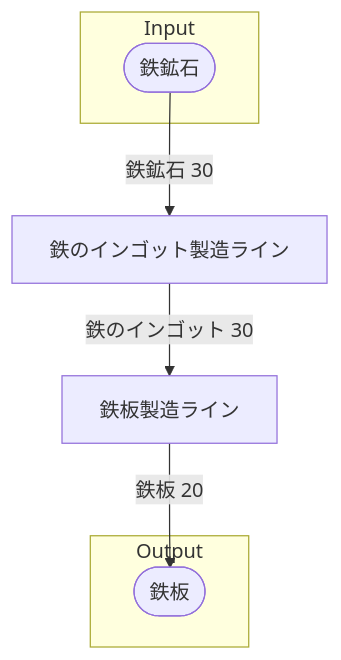
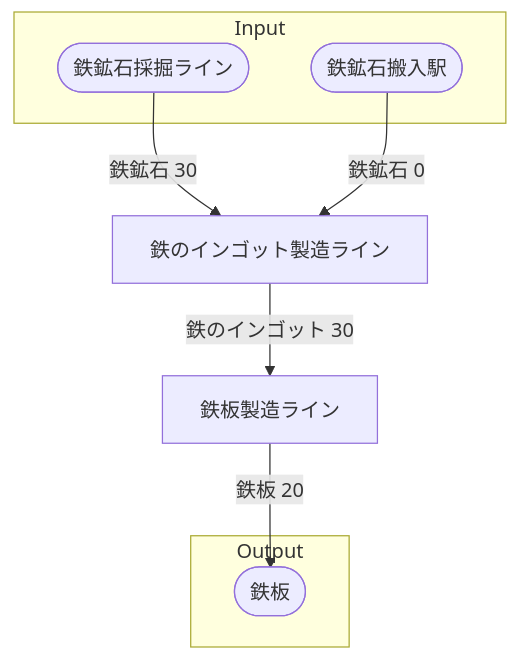
Before and after one commit to Suzuran-Amano/SatisfactoryTaskEfficiency: the diagram in 40_FactoryBuilding/20_工場設計テンプレート/30‗全体製造ライン設計書/全体製造ライン設計書.md, drawn with Mermaid. The commit also changed 2 other files, not shown here.

Commit message:
問題点「採掘によるInput」を解決

````diff
--- a/40_FactoryBuilding/20_工場設計テンプレート/30‗全体製造ライン設計書/全体製造ライン設計書.md
+++ b/40_FactoryBuilding/20_工場設計テンプレート/30‗全体製造ライン設計書/全体製造ライン設計書.md
@@ -24,21 +24,23 @@
 ```mermaid
 flowchart TD
 
 subgraph Input
-    鉄鉱石([鉄鉱石])
+    鉄鉱石採掘ライン([鉄鉱石採掘ライン])
+    鉄鉱石搬入駅([鉄鉱石搬入駅])
 end
 
 鉄のインゴット製造ライン[鉄のインゴット製造ライン]
 鉄板製造ライン[鉄板製造ライン]
 
 subgraph Output
     鉄板([鉄板])
 end
 
 
-鉄鉱石-->|鉄鉱石 30|鉄のインゴット製造ライン
+鉄鉱石採掘ライン-->|鉄鉱石 30|鉄のインゴット製造ライン
+鉄鉱石搬入駅-->|鉄鉱石 0|鉄のインゴット製造ライン
 鉄のインゴット製造ライン-->|鉄のインゴット 30|鉄板製造ライン
 鉄板製造ライン-->|鉄板 20|鉄板
 
 
 ```
````
